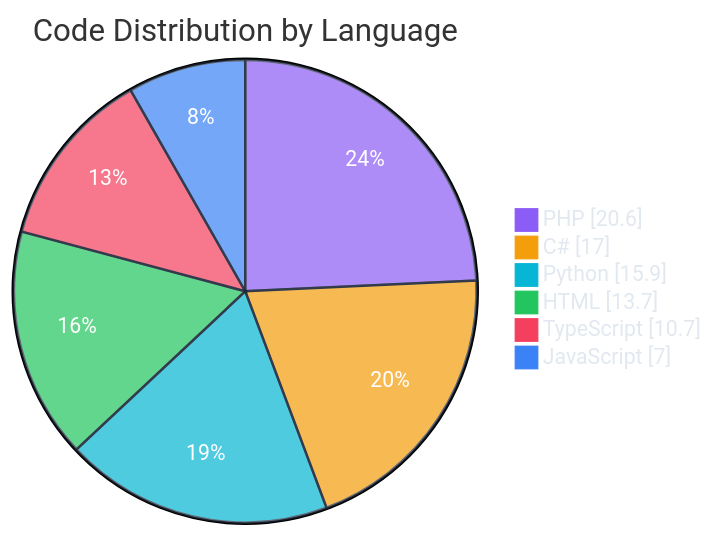
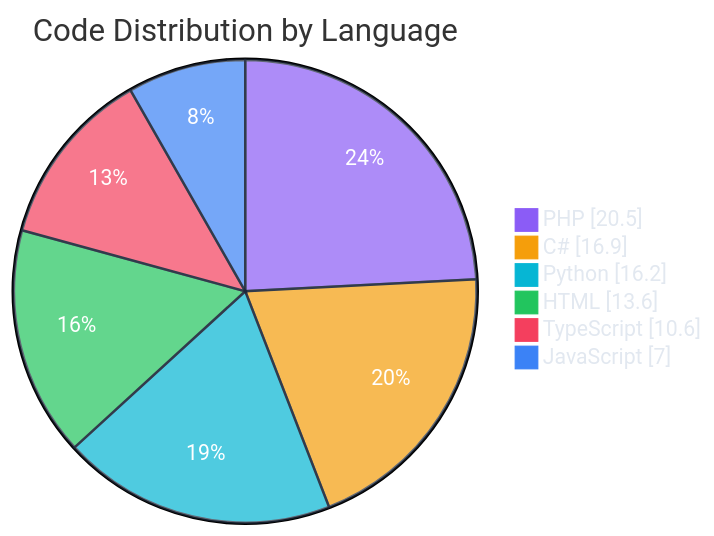
One commit to polo-nyan/polo-nyan changed the second of 7 diagrams in README.md. Above: the diagram before and after it, drawn with Mermaid. The commit also changed other lines of this file and 1 other file, not shown here.

````diff
--- a/README.md
+++ b/README.md
@@ -229,11 +229,11 @@
 ```mermaid
 %%{init: {"theme": "base", "themeVariables": { "pie1": "#8b5cf6", "pie2": "#f59e0b", "pie3": "#06b6d4", "pie4": "#22c55e", "pie5": "#f43f5e", "pie6": "#3b82f6", "pie7": "#ec4899", "pieTextColor": "#ffffff", "pieLegendTextColor": "#e2e8f0", "pieSectionTextColor": "#ffffff", "pieStrokeColor": "#1e293b" }}}%%
 pie showData
     title Code Distribution by Language
-    "PHP" : 20.6
-    "C#" : 17.0
-    "Python" : 15.9
-    "HTML" : 13.7
-    "TypeScript" : 10.7
+    "PHP" : 20.5
+    "C#" : 16.9
+    "Python" : 16.2
+    "HTML" : 13.6
+    "TypeScript" : 10.6
     "JavaScript" : 7.0
 ```
````
